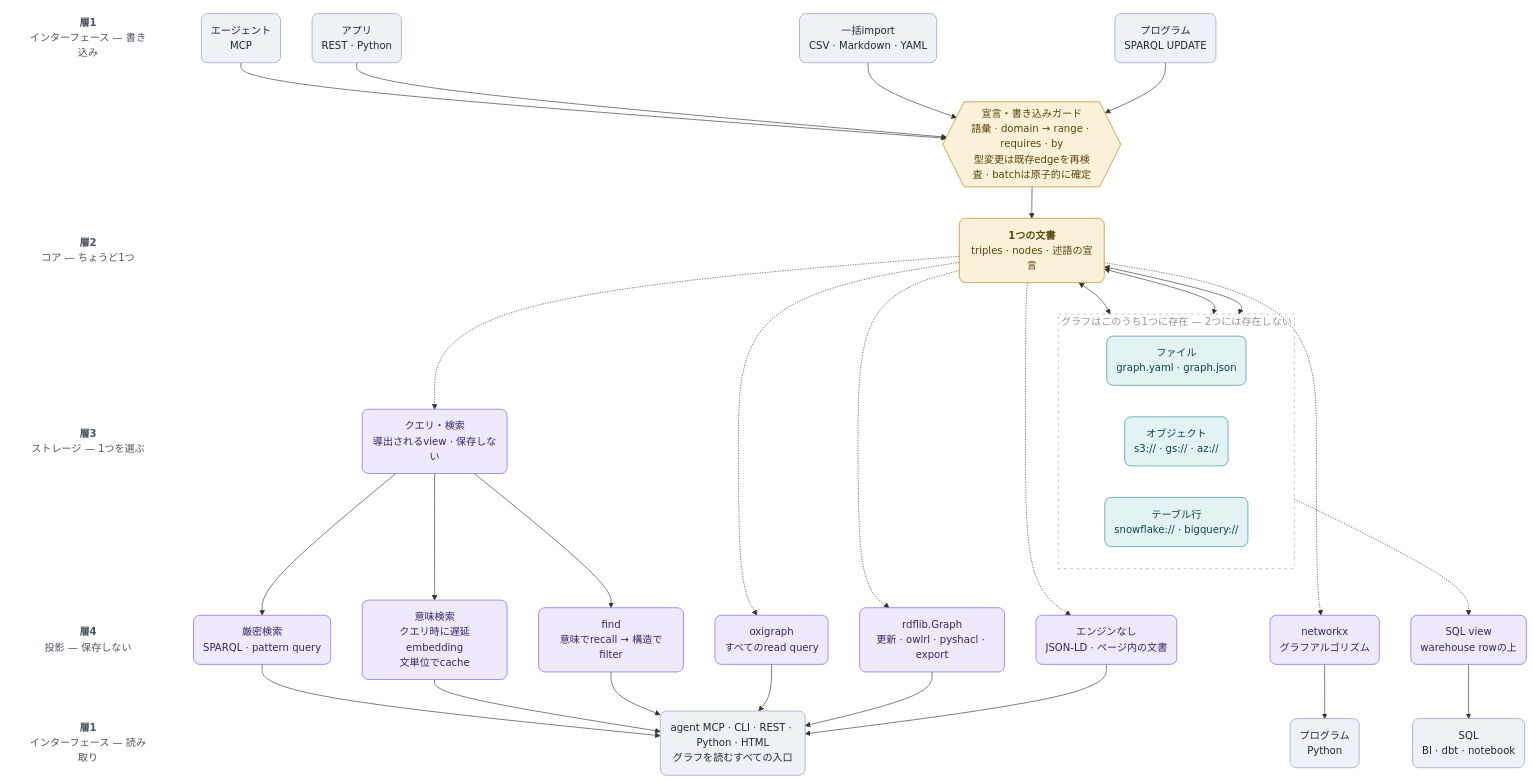
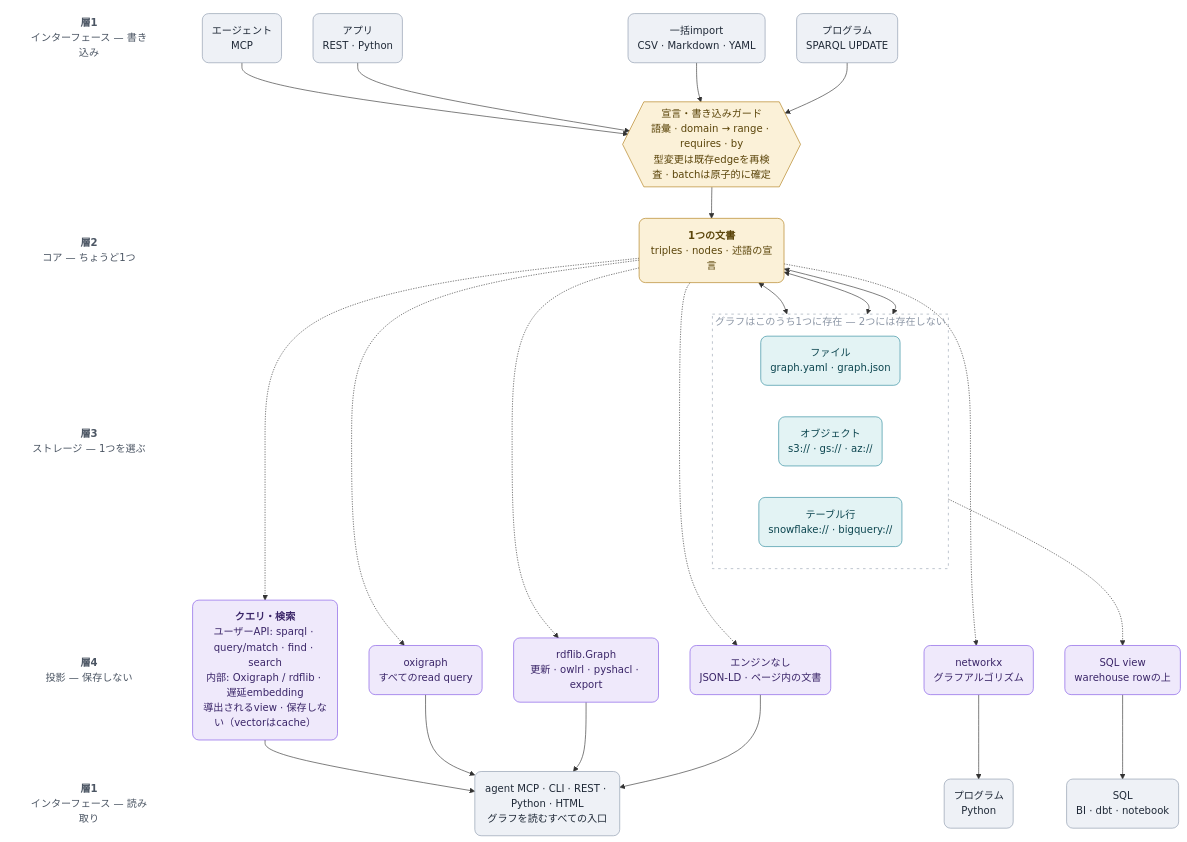
Before and after one commit to RyutoYoda/trikedb: the diagram in docs/ARCHITECTURE_jp.md, drawn with Mermaid. The commit also changed 2 other files, not shown here.

Commit message:
docs: nest query engines inside retrieval layer

````diff
--- a/docs/ARCHITECTURE_jp.md
+++ b/docs/ARCHITECTURE_jp.md
@@ -7,77 +7,69 @@
 ```mermaid
 flowchart TB
     LA["<b>層1</b><br/>インターフェース — 書き込み"]
     LG[" "]
     LB["<b>層2</b><br/>コア — ちょうど1つ"]
     LC["<b>層3</b><br/>ストレージ — 1つを選ぶ"]
     LD["<b>層4</b><br/>投影 — 保存しない"]
     LE["<b>層1</b><br/>インターフェース — 読み取り"]
     LA ~~~ LG ~~~ LB ~~~ LC ~~~ LD ~~~ LE
 
     WA("エージェント<br/>MCP")
     WC("アプリ<br/>REST · Python")
     WI("一括import<br/>CSV · Markdown · YAML")
     WP("プログラム<br/>SPARQL UPDATE")
     G{{"宣言・書き込みガード<br/>語彙 · domain → range · requires · by<br/>型変更は既存edgeを再検査 · batchは原子的に確定"}}
     C("<b>1つの文書</b><br/>triples · nodes · 述語の宣言")
     subgraph pick["グラフはこのうち1つに存在 — 2つには存在しない"]
         direction LR
         SF("ファイル<br/>graph.yaml · graph.json")
         SO("オブジェクト<br/>s3:// · gs:// · az://")
         SW("テーブル行<br/>snowflake:// · bigquery://")
     end
     PO("oxigraph<br/>すべてのread query")
     PR("rdflib.Graph<br/>更新 · owlrl · pyshacl · export")
     PN("networkx<br/>グラフアルゴリズム")
     PV("SQL view<br/>warehouse rowの上")
     PD("エンジンなし<br/>JSON-LD · ページ内の文書")
-    Q("クエリ・検索<br/>導出されるview · 保存しない")
-    QE("厳密検索<br/>SPARQL · pattern query")
-    QS("意味検索<br/>クエリ時に遅延embedding<br/>文単位でcache")
-    QF("find<br/>意味でrecall → 構造でfilter")
+    Q("<b>クエリ・検索</b><br/>ユーザーAPI: sparql · query/match · find · search<br/>内部: Oxigraph / rdflib · 遅延embedding<br/>導出されるview · 保存しない（vectorはcache）")
     RQ("agent MCP · CLI · REST · Python · HTML<br/>グラフを読むすべての入口")
     RG("プログラム<br/>Python")
     RS("SQL<br/>BI · dbt · notebook")
 
     WA --> G
     WC --> G
     WI --> G
     WP --> G
     G --> C
     C <--> SF
     C <--> SO
     C <--> SW
     SF ~~~ PO
     SF ~~~ PR
     SO ~~~ PN
     SW -.-> PV
     SW ~~~ PD
     C -.-> PO
     C -.-> PR
     C -.-> PN
     C -.-> PD
     C -.-> Q
-    Q --> QE
-    Q --> QS
-    Q --> QF
-    QE --> RQ
-    QS --> RQ
-    QF --> RQ
+    Q --> RQ
     PO --> RQ
     PR --> RQ
     PN --> RG
     PV --> RS
     PD --> RQ
 
     style pick fill:none,stroke:#9aa4b3,stroke-width:1px,stroke-dasharray:4 6,color:#8d97a6
     classDef lbl fill:none,stroke:none,color:#4b5563
     classDef iface fill:#eef1f6,stroke:#8d9aad,color:#1f2937,rx:10,ry:10
     classDef core fill:#fbf1d8,stroke:#b07d17,color:#5a4409,rx:10,ry:10
     classDef store fill:#e3f3f4,stroke:#2b8a9c,color:#0c454f,rx:10,ry:10
     classDef proj fill:#efe9fb,stroke:#8055e6,color:#3a2568,rx:10,ry:10
     class LA,LG,LB,LC,LD,LE lbl
     class WA,WC,WI,WP,RQ,RG,RS iface
     class C,G core
     class SF,SO,SW store
-    class PO,PR,PN,PV,PD,Q,QE,QS,QF proj
+    class PO,PR,PN,PV,PD,Q proj
 ```
````
